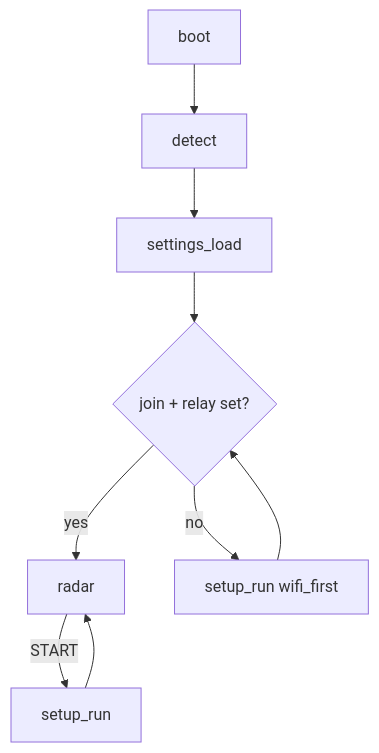
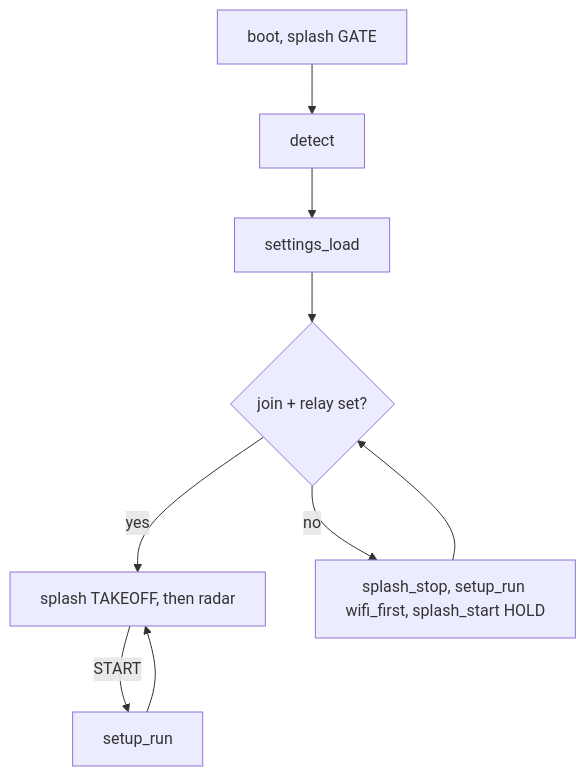
The diagram in lode/ui/config-screen.md (jfryman/mega-wifi-radar), drawn with Mermaid before and after one commit. The commit also changed 34 other files, not shown here.

First line of the commit message:
Boot splash: 787 departure narrated by the real boot steps

````diff
--- a/lode/ui/config-screen.md
+++ b/lode/ui/config-screen.md
@@ -23,7 +23,7 @@
 ```mermaid
 flowchart TD
-  B[boot] --> D[detect] --> L[settings_load] --> J{join + relay set?}
-  J -- yes --> R[radar]
-  J -- no --> S[setup_run wifi_first] --> J
+  B[boot, splash GATE] --> D[detect] --> L[settings_load] --> J{join + relay set?}
+  J -- yes --> R[splash TAKEOFF, then radar]
+  J -- no --> S[splash_stop, setup_run wifi_first, splash_start HOLD] --> J
   R -- START --> S2[setup_run] --> R
 ```
````
